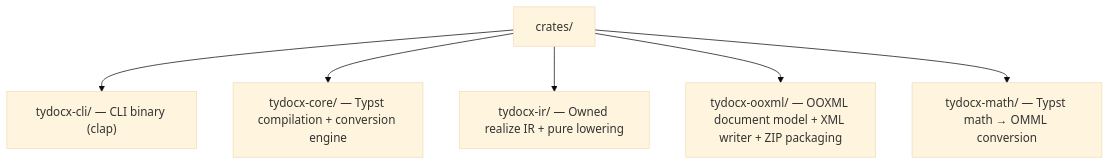
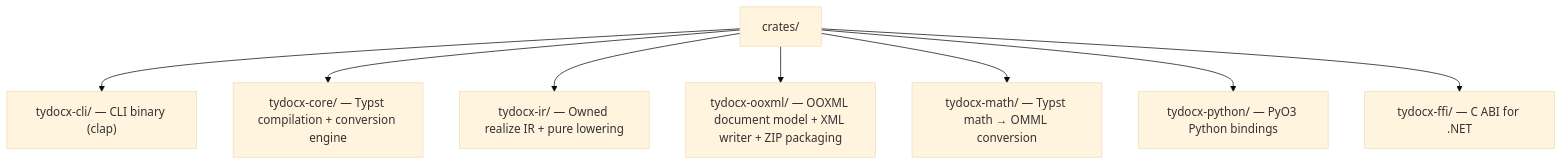
The second of 2 diagrams in README.md (kwadraten/tydocx), drawn with Mermaid (base theme) before and after one commit. The commit also changed other lines of this file and 31 other files, not shown here.

````diff
--- a/README.md
+++ b/README.md
@@ -91,8 +113,10 @@
 ```mermaid
 flowchart TD
     CRATES["crates/"] --> CLI["tydocx-cli/ — CLI binary (clap)"]
     CRATES --> CORE["tydocx-core/ — Typst compilation + conversion engine"]
     CRATES --> IR["tydocx-ir/ — Owned realize IR + pure lowering"]
     CRATES --> OOXML["tydocx-ooxml/ — OOXML document model + XML writer + ZIP packaging"]
     CRATES --> MATH["tydocx-math/ — Typst math → OMML conversion"]
+    CRATES --> PYTHON["tydocx-python/ — PyO3 Python bindings"]
+    CRATES --> FFI["tydocx-ffi/ — C ABI for .NET"]
 ```
````
